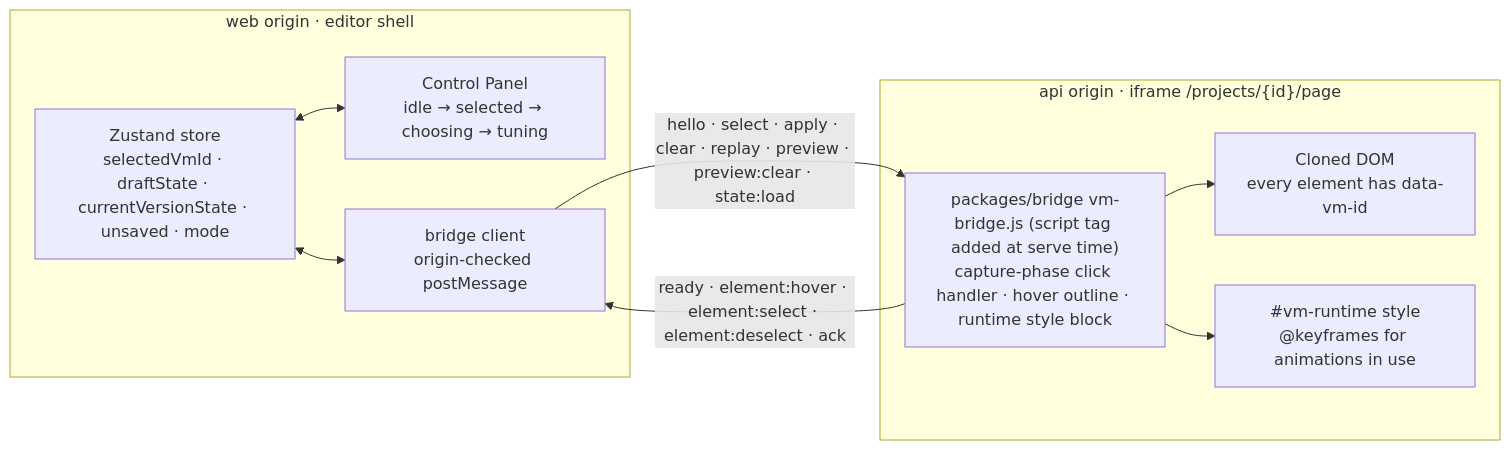
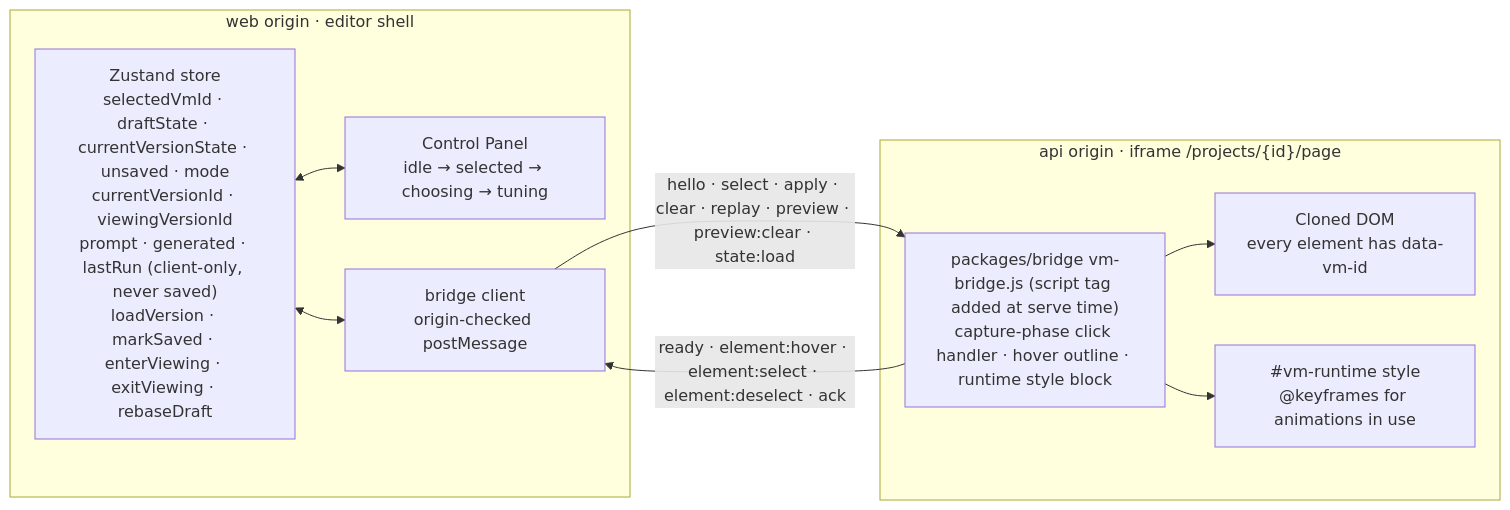
The seventh of 12 diagrams in docs/architecture.md (ludaxkris/vibe_motion), drawn with Mermaid before and after one commit. The commit also changed other lines of this file and 63 other files, not shown here.

Commit message:
feat(phase-6): version history — Save, 409 rebase/discard, History tab, read-only viewing, Restore (#22)

````diff
--- a/docs/architecture.md
+++ b/docs/architecture.md
@@ -186,21 +186,21 @@
 ```mermaid
 flowchart LR
   subgraph shell["web origin · editor shell"]
-    store["Zustand store<br/>selectedVmId · draftState · currentVersionState · unsaved · mode"]
+    store["Zustand store<br/>selectedVmId · draftState · currentVersionState · unsaved · mode<br/>currentVersionId · viewingVersionId<br/>prompt · generated · lastRun (client-only, never saved)<br/>loadVersion · markSaved · enterViewing · exitViewing · rebaseDraft"]
     panel["Control Panel<br/>idle → selected → choosing → tuning"]
     bridgeClient["bridge client<br/>origin-checked postMessage"]
     store <--> panel
     store <--> bridgeClient
   end
 
   subgraph frame["api origin · iframe /projects/{id}/page"]
     bridgeScript["packages/bridge vm-bridge.js (script tag added at serve time)<br/>capture-phase click handler · hover outline · runtime style block"]
     dom["Cloned DOM<br/>every element has data-vm-id"]
     runtime["#vm-runtime style<br/>@keyframes for animations in use"]
     bridgeScript --> dom
     bridgeScript --> runtime
   end
 
   bridgeClient -- "hello · select · apply · clear · replay · preview · preview:clear · state:load" --> bridgeScript
   bridgeScript -- "ready · element:hover · element:select · element:deselect · ack" --> bridgeClient
 ```
````
